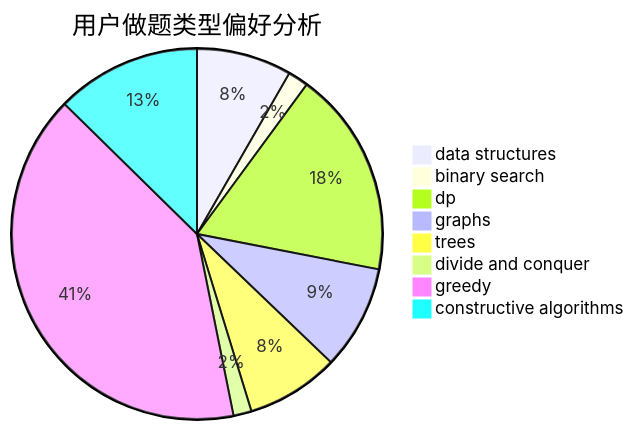
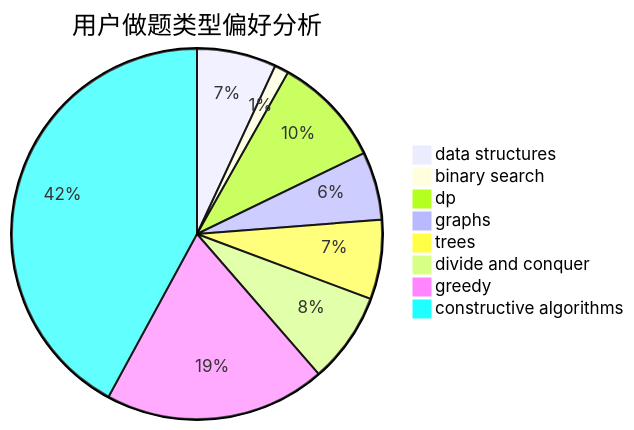
The second of 3 diagrams in docs/user/u2354.md (sherpahu/cfrs.github.io), drawn with Mermaid before and after one commit. The commit also changed other lines of this file and 2770 other files, not shown here.

````diff
--- a/docs/user/u2354.md
+++ b/docs/user/u2354.md
@@ -23,11 +23,11 @@
 ```mermaid
 pie title 用户做题类型偏好分析
-    "data structures" :  42
-    "binary search" :  9
-    "dp" :  91
-    "graphs" :  46
-    "trees" :  41
-    "divide and conquer" :  8
-    "greedy" :  205
-    "constructive algorithms" :  64
+    "data structures" :  28
+    "binary search" :  5
+    "dp" :  39
+    "graphs" :  24
+    "trees" :  28
+    "divide and conquer" :  32
+    "greedy" :  78
+    "constructive algorithms" :  170
 ```
````
